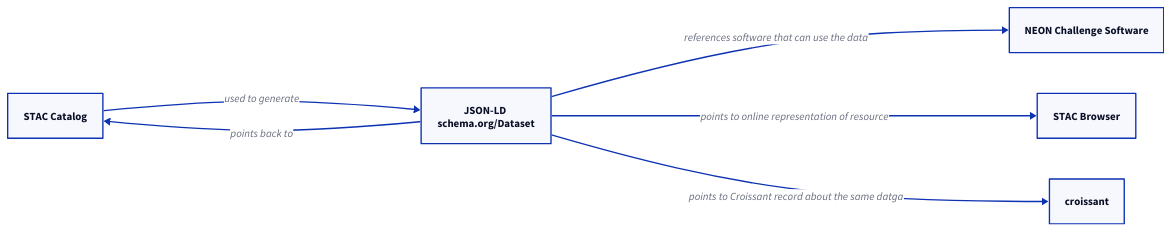
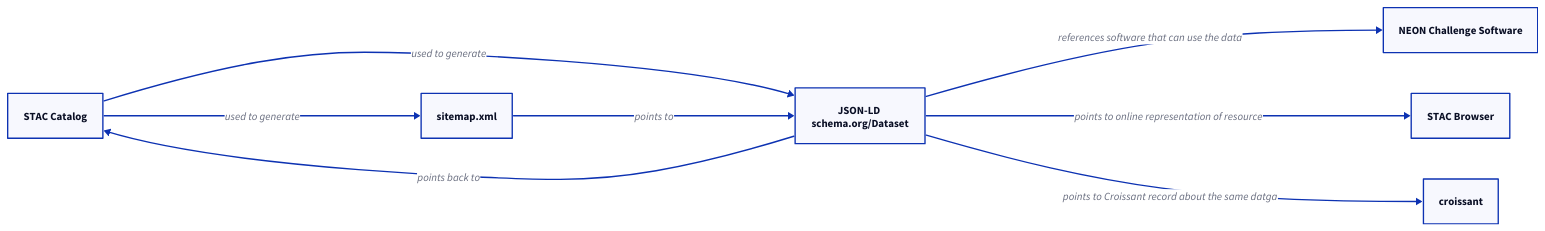
One commit to earthcube/stacIndexer changed the diagram in docs/images/relations.d2. Above: the diagram before and after it, drawn with D2. The commit also changed 1 other file, not shown here.

```diff
--- a/docs/images/relations.d2
+++ b/docs/images/relations.d2
@@ -1,14 +1,18 @@
 direction: right
 
 stac: STAC Catalog
 c: croissant
 jld: JSON-LD \n schema.org/Dataset
 sw: NEON Challenge Software
 sb: STAC Browser
+sm: sitemap.xml
 
 stac -> jld: used to generate
+stac -> sm: used to generate
+
+sm -> jld: points to
 
 jld -> stac: points back to
 jld -> sw: references software that can use the data
 jld -> sb: points to online representation of resource
 jld -> c: points to Croissant record about the same datga
```
